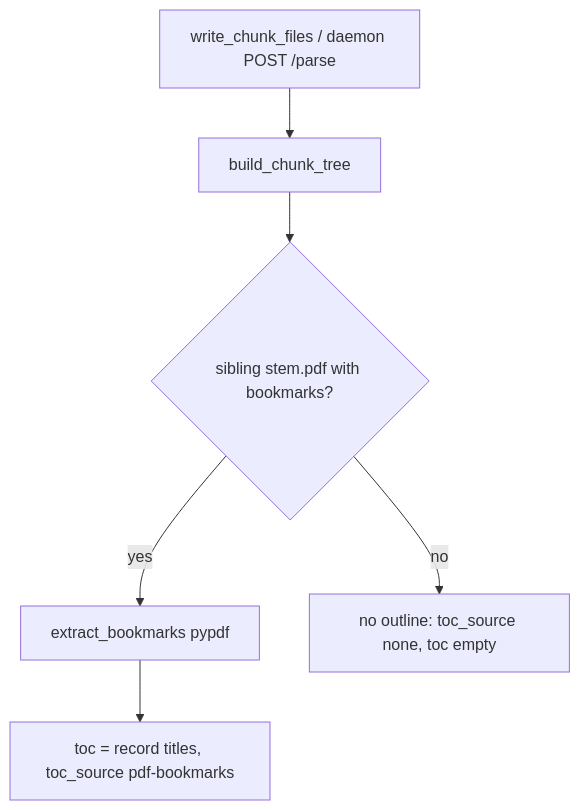
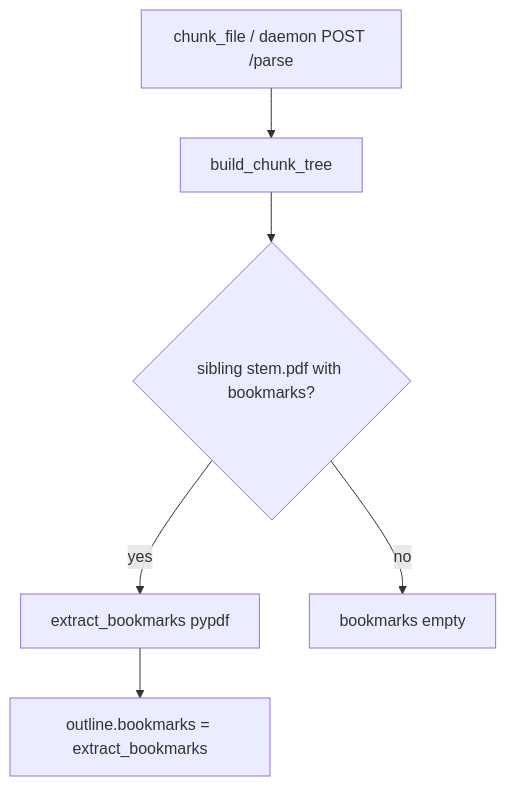
Before and after one commit to data-team-uhn/iap: the third of 3 diagrams in modules/documents/processing/processing.md, drawn with Mermaid. The commit also changed other lines of this file and 14 other files, not shown here.

````diff
--- a/modules/documents/processing/processing.md
+++ b/modules/documents/processing/processing.md
@@ -200,8 +196,8 @@
 ```mermaid
 flowchart TD
-    A["write_chunk_files / daemon POST /parse"] --> B["build_chunk_tree"]
+    A["chunk_file / daemon POST /parse"] --> B["build_chunk_tree"]
     B --> C{"sibling stem.pdf with bookmarks?"}
     C -->|yes| D["extract_bookmarks pypdf"]
-    C -->|no| E["no outline: toc_source none, toc empty"]
-    D --> F["toc = record titles, toc_source pdf-bookmarks"]
+    C -->|no| E["bookmarks empty"]
+    D --> F["outline.bookmarks = extract_bookmarks"]
 ```
````
